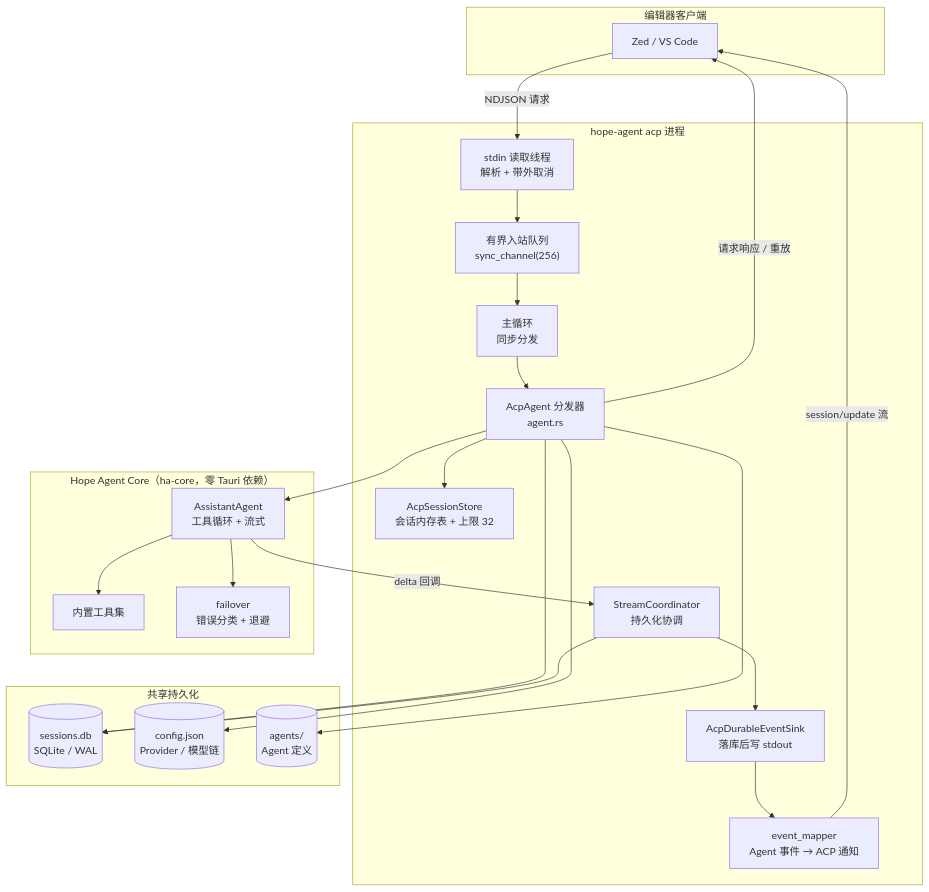
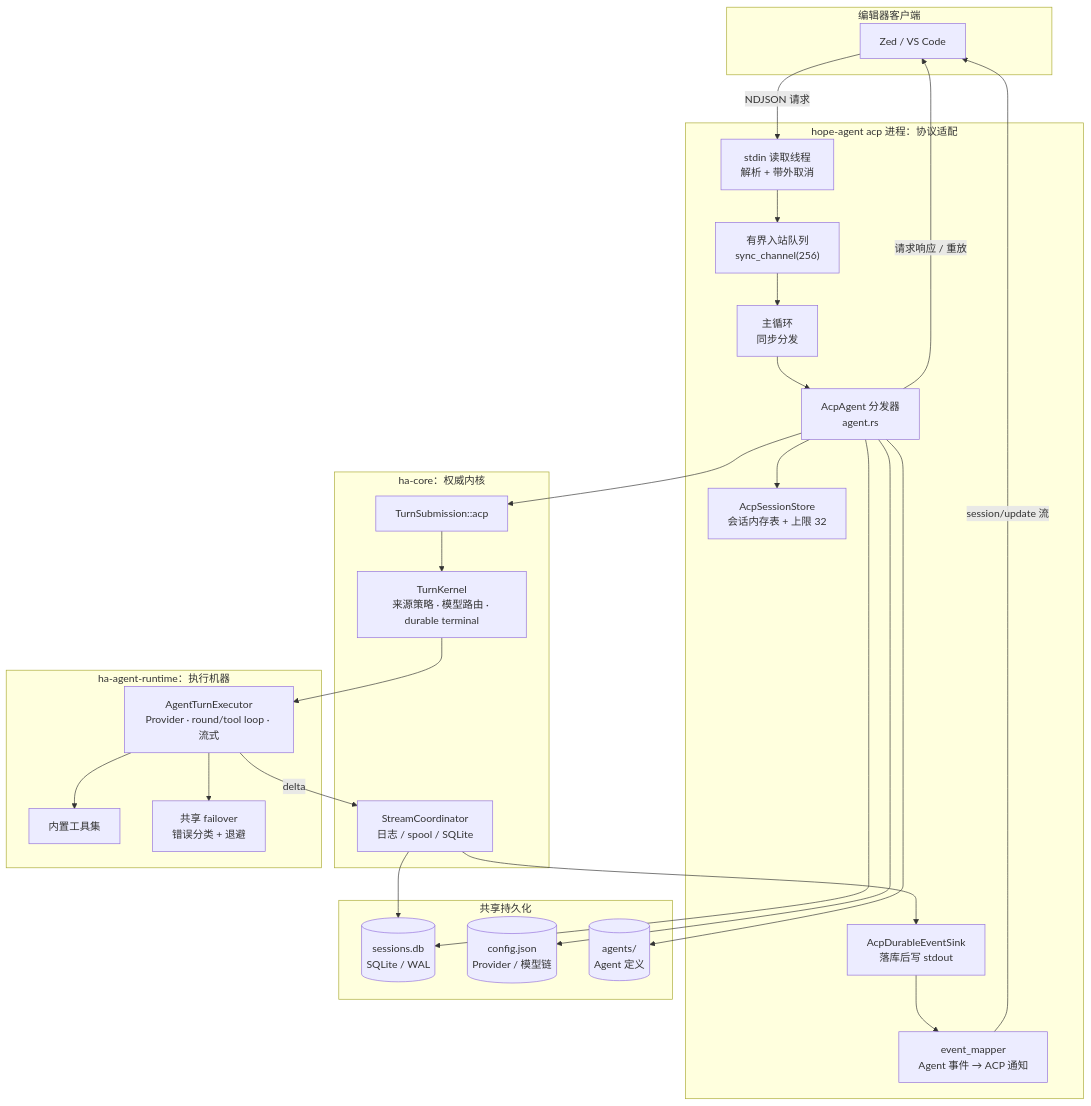
The first of 10 diagrams in docs/architecture/integration/acp.md (shiwenwen/hope-agent), drawn with Mermaid before and after one commit. The commit also changed other lines of this file and 230 other files, not shown here.

Commit message:
🦭 refactor: converge agent kernel and execution runtimes

````diff
--- a/docs/architecture/integration/acp.md
+++ b/docs/architecture/integration/acp.md
@@ -42,46 +42,51 @@
 ```mermaid
 graph TB
     subgraph IDE["编辑器客户端"]
         ZED["Zed / VS Code"]
     end
 
-    subgraph SERVER["hope-agent acp 进程"]
+    subgraph SERVER["hope-agent acp 进程：协议适配"]
         READER["stdin 读取线程<br/>解析 + 带外取消"]
         QUEUE["有界入站队列<br/>sync_channel(256)"]
         LOOP["主循环<br/>同步分发"]
         DISPATCH["AcpAgent 分发器<br/>agent.rs"]
         STORE["AcpSessionStore<br/>会话内存表 + 上限 32"]
-        DURA["StreamCoordinator<br/>持久化协调"]
         SINK["AcpDurableEventSink<br/>落库后写 stdout"]
         MAPPER["event_mapper<br/>Agent 事件 → ACP 通知"]
     end
 
-    subgraph CORE["Hope Agent Core（ha-core，零 Tauri 依赖）"]
-        ASSISTANT["AssistantAgent<br/>工具循环 + 流式"]
+    subgraph CORE["ha-core：权威内核"]
+        SUBMIT["TurnSubmission::acp"]
+        KERNEL["TurnKernel<br/>来源策略 · 模型路由 · durable terminal"]
+        DURA["StreamCoordinator<br/>日志 / spool / SQLite"]
+    end
+
+    subgraph RUNTIME["ha-agent-runtime：执行机器"]
+        ENGINE["AgentTurnExecutor<br/>Provider · round/tool loop · 流式"]
         TOOLS["内置工具集"]
-        FAILOVER["failover<br/>错误分类 + 退避"]
+        FAILOVER["共享 failover<br/>错误分类 + 退避"]
     end
 
     subgraph STORAGE["共享持久化"]
         DB[("sessions.db<br/>SQLite / WAL")]
         CONFIG[("config.json<br/>Provider / 模型链")]
         AGENTS[("agents/<br/>Agent 定义")]
     end
 
     ZED -- "NDJSON 请求" --> READER
     READER --> QUEUE --> LOOP --> DISPATCH
     DISPATCH --> STORE
-    DISPATCH --> ASSISTANT
-    ASSISTANT --> TOOLS
-    ASSISTANT --> FAILOVER
-    ASSISTANT -- "delta 回调" --> DURA
+    DISPATCH --> SUBMIT --> KERNEL --> ENGINE
+    ENGINE --> TOOLS
+    ENGINE --> FAILOVER
+    ENGINE -- "delta" --> DURA
     DURA --> SINK
     SINK --> MAPPER
     MAPPER -- "session/update 流" --> ZED
     DISPATCH -- "请求响应 / 重放" --> ZED
 
     DISPATCH --> DB
     DURA --> DB
     DISPATCH --> CONFIG
     DISPATCH --> AGENTS
 ```
````
